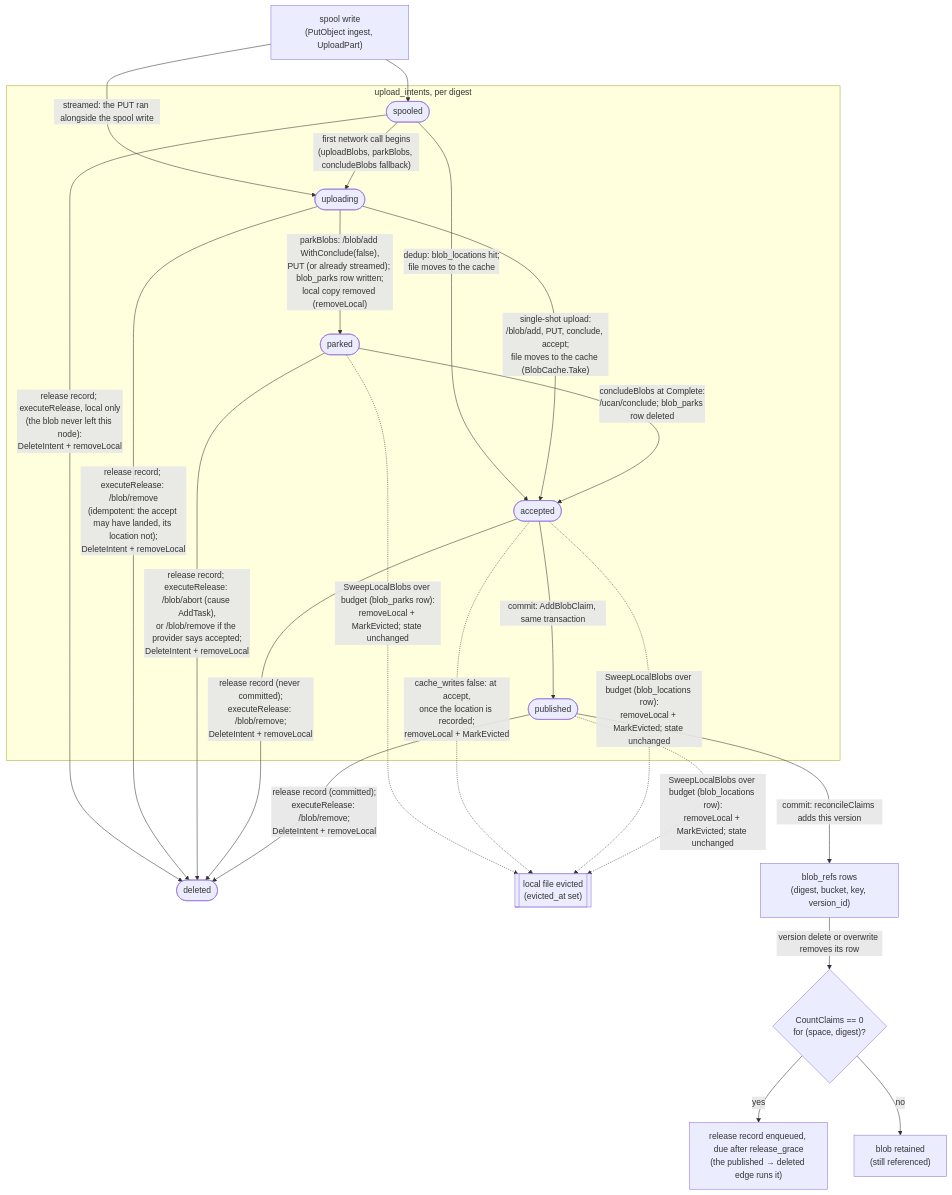
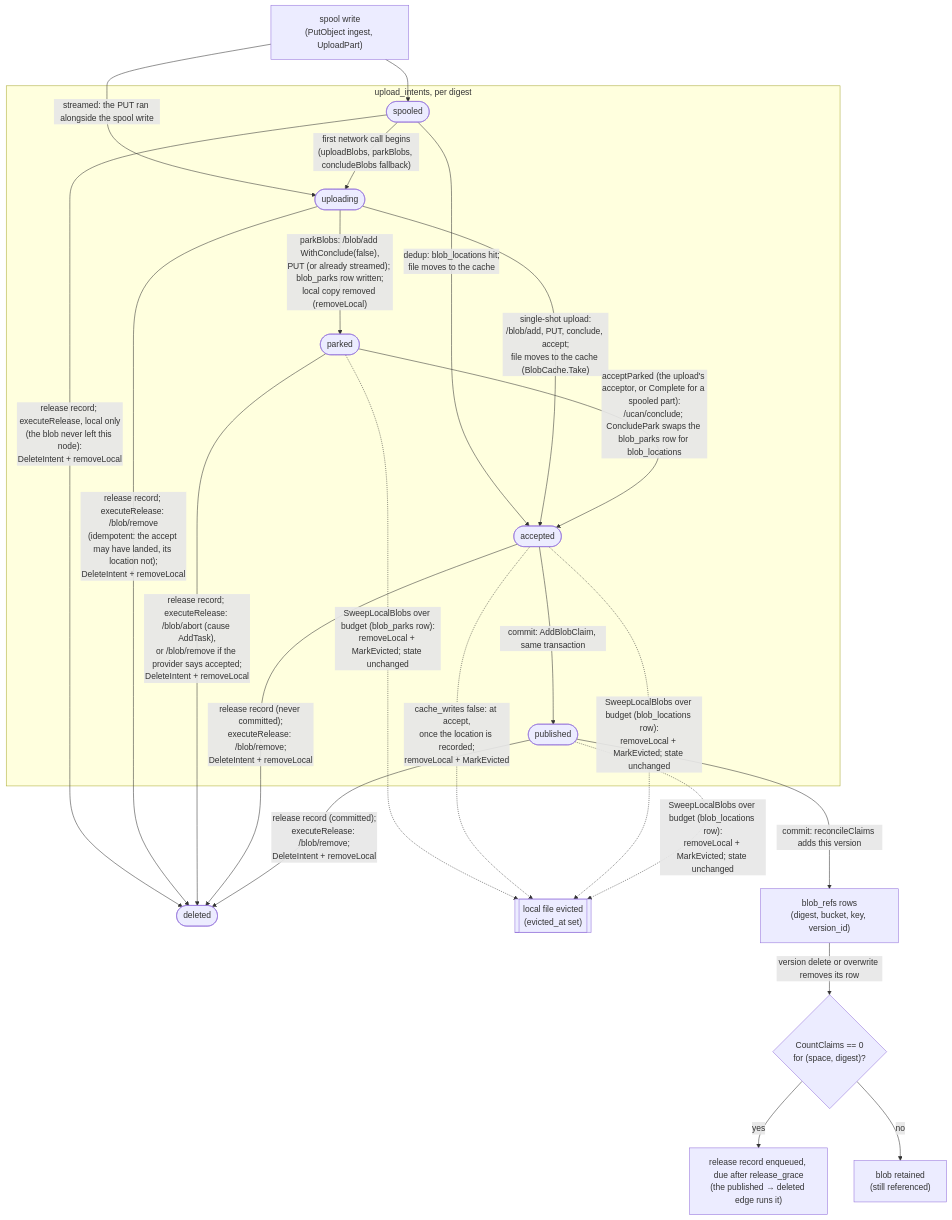
Before and after one commit to fil-forge/ingot: the ninth of 15 diagrams in docs/diagrams.md, drawn with Mermaid. The commit also changed other lines of this file and 19 other files, not shown here.

Commit message:
pref: accept during upload

````diff
--- a/docs/diagrams.md
+++ b/docs/diagrams.md
@@ -602,35 +655,35 @@
 ```mermaid
 flowchart TB
     W["spool write<br/>(PutObject ingest, UploadPart)"] --> spooled
     W -->|"streamed: the PUT ran alongside the spool write"| uploading
 
     subgraph intents["upload_intents, per digest"]
         spooled([spooled])
         uploading([uploading])
         parked([parked])
         accepted([accepted])
         published([published])
     end
 
     spooled -->|"dedup: blob_locations hit;<br/>file moves to the cache"| accepted
     spooled -->|"first network call begins<br/>(uploadBlobs, parkBlobs, concludeBlobs fallback)"| uploading
     uploading -->|"single-shot upload:<br/>/blob/add, PUT, conclude, accept;<br/>file moves to the cache (BlobCache.Take)"| accepted
     uploading -->|"parkBlobs: /blob/add WithConclude(false),<br/>PUT (or already streamed); blob_parks row written;<br/>local copy removed (removeLocal)"| parked
-    parked -->|"concludeBlobs at Complete:<br/>/ucan/conclude; blob_parks row deleted"| accepted
+    parked -->|"acceptParked (the upload's acceptor, or Complete for a spooled part):<br/>/ucan/conclude; ConcludePark swaps the blob_parks row for blob_locations"| accepted
     spooled -->|"release record; executeRelease, local only<br/>(the blob never left this node):<br/>DeleteIntent + removeLocal"| gone([deleted])
     uploading -->|"release record; executeRelease: /blob/remove<br/>(idempotent: the accept may have landed, its location not);<br/>DeleteIntent + removeLocal"| gone
     parked -->|"release record; executeRelease: /blob/abort (cause AddTask),<br/>or /blob/remove if the provider says accepted;<br/>DeleteIntent + removeLocal"| gone
     accepted -->|"release record (never committed);<br/>executeRelease: /blob/remove;<br/>DeleteIntent + removeLocal"| gone
     published -->|"release record (committed);<br/>executeRelease: /blob/remove;<br/>DeleteIntent + removeLocal"| gone
 
     accepted -->|"commit: AddBlobClaim, same transaction"| published
 
     parked -.->|"SweepLocalBlobs over budget (blob_parks row):<br/>removeLocal + MarkEvicted; state unchanged"| evicted[["local file evicted<br/>(evicted_at set)"]]
     accepted -.->|"cache_writes false: at accept,<br/>once the location is recorded;<br/>removeLocal + MarkEvicted"| evicted
     accepted -.->|"SweepLocalBlobs over budget (blob_locations row):<br/>removeLocal + MarkEvicted; state unchanged"| evicted
     published -.->|"SweepLocalBlobs over budget (blob_locations row):<br/>removeLocal + MarkEvicted; state unchanged"| evicted
     published -->|"commit: reconcileClaims adds this version"| refs["blob_refs rows<br/>(digest, bucket, key, version_id)"]
     refs -->|"version delete or overwrite removes its row"| zero{"CountClaims == 0<br/>for (space, digest)?"}
     zero -->|yes| rel["release record enqueued, due after release_grace<br/>(the published → deleted edge runs it)"]
     zero -->|no| keep["blob retained<br/>(still referenced)"]
 ```
````
